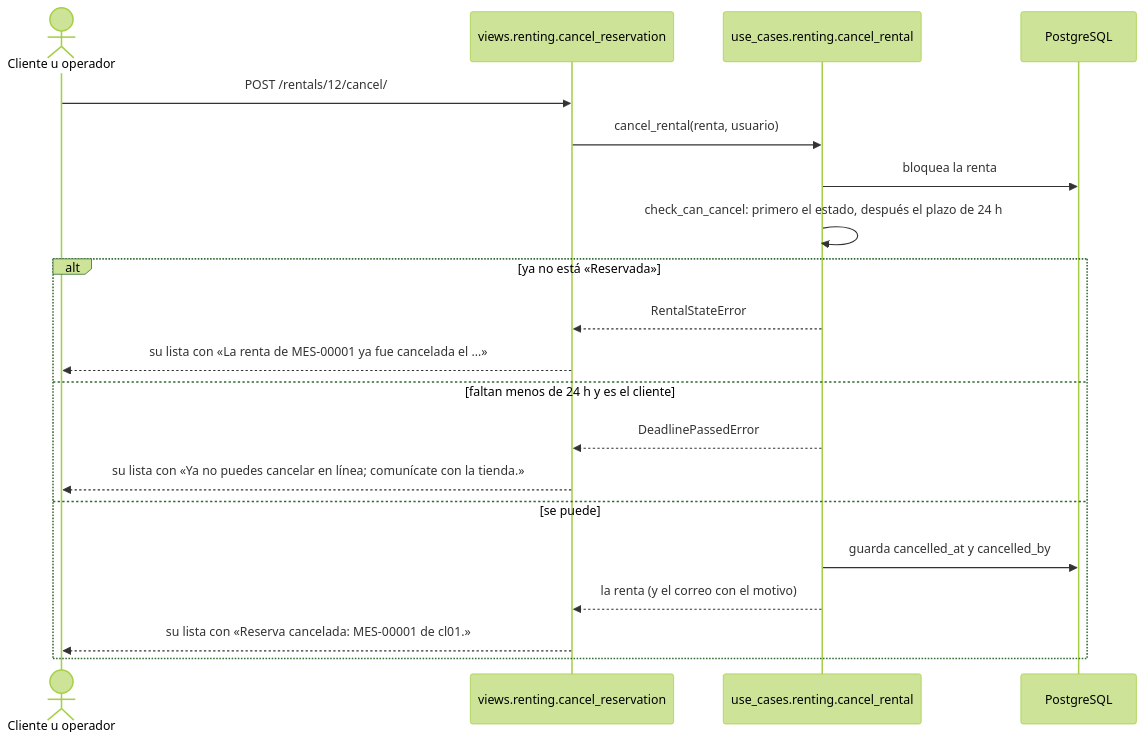
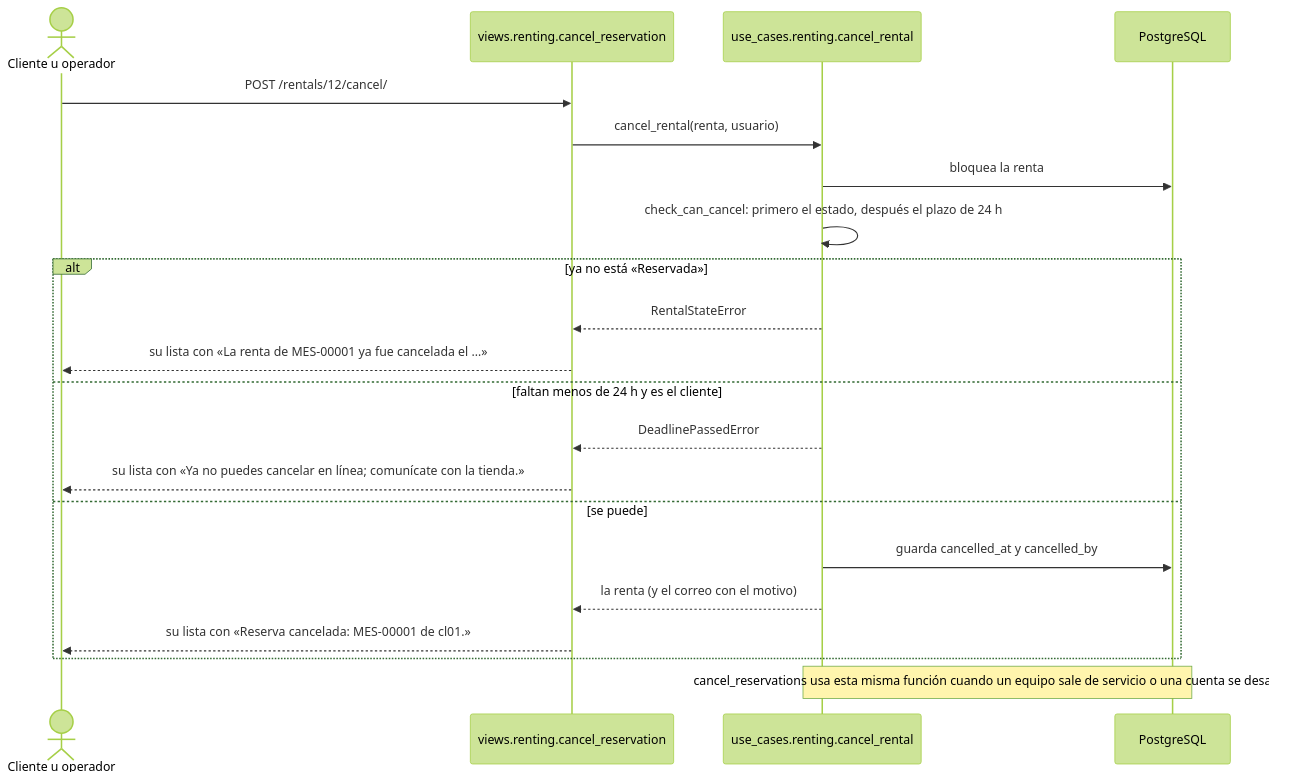
One commit to peterteranb/astra-rent-system changed the eighth of 20 diagrams in docs/casos-de-uso.md. Above: the diagram before and after it, drawn with Mermaid (forest theme). The commit also changed other lines of this file and 6 other files, not shown here.

````diff
--- a/docs/casos-de-uso.md
+++ b/docs/casos-de-uso.md
@@ -420,22 +426,23 @@
 ```mermaid
 sequenceDiagram
     actor C as Cliente u operador
     participant V as views.renting.cancel_reservation
     participant U as use_cases.renting.cancel_rental
     participant BD as PostgreSQL
     C->>V: POST /rentals/12/cancel/
     V->>U: cancel_rental(renta, usuario)
     U->>BD: bloquea la renta
     U->>U: check_can_cancel: primero el estado, después el plazo de 24 h
     alt ya no está «Reservada»
         U-->>V: RentalStateError
         V-->>C: su lista con «La renta de MES-00001 ya fue cancelada el …»
     else faltan menos de 24 h y es el cliente
         U-->>V: DeadlinePassedError
         V-->>C: su lista con «Ya no puedes cancelar en línea#59; comunícate con la tienda.»
     else se puede
         U->>BD: guarda cancelled_at y cancelled_by
         U-->>V: la renta (y el correo con el motivo)
         V-->>C: su lista con «Reserva cancelada: MES-00001 de cl01.»
     end
+    Note over U,BD: cancel_reservations usa esta misma función cuando un equipo sale de servicio o una cuenta se desactiva.
 ```
````
